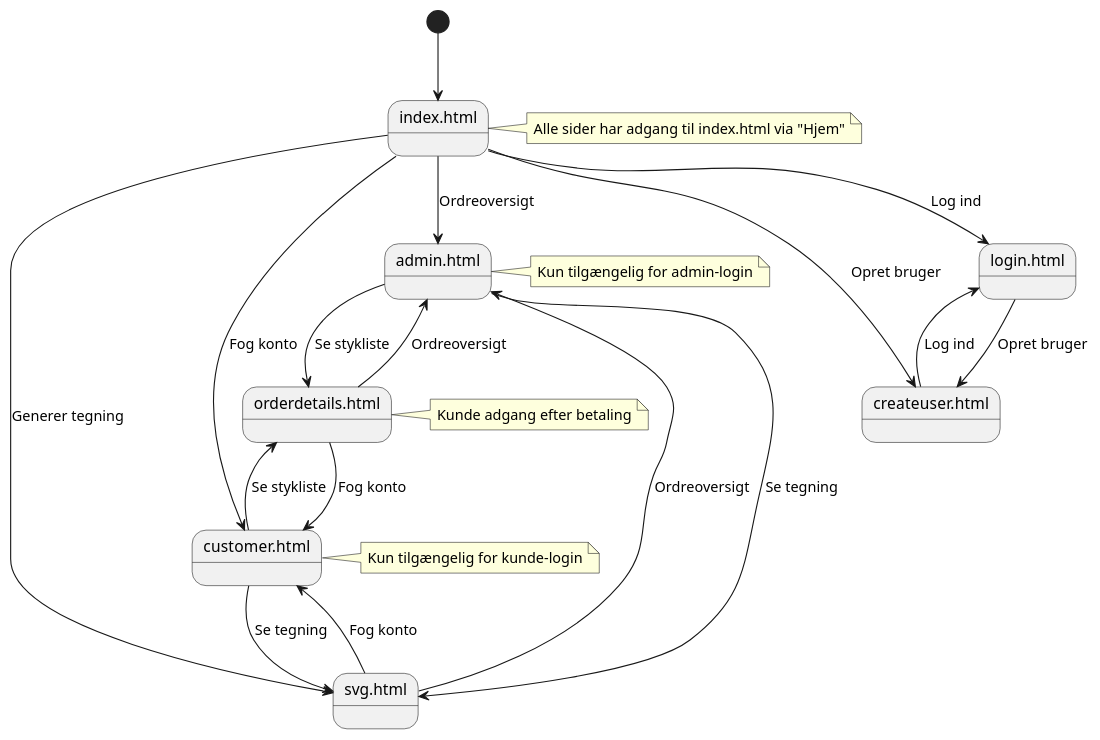
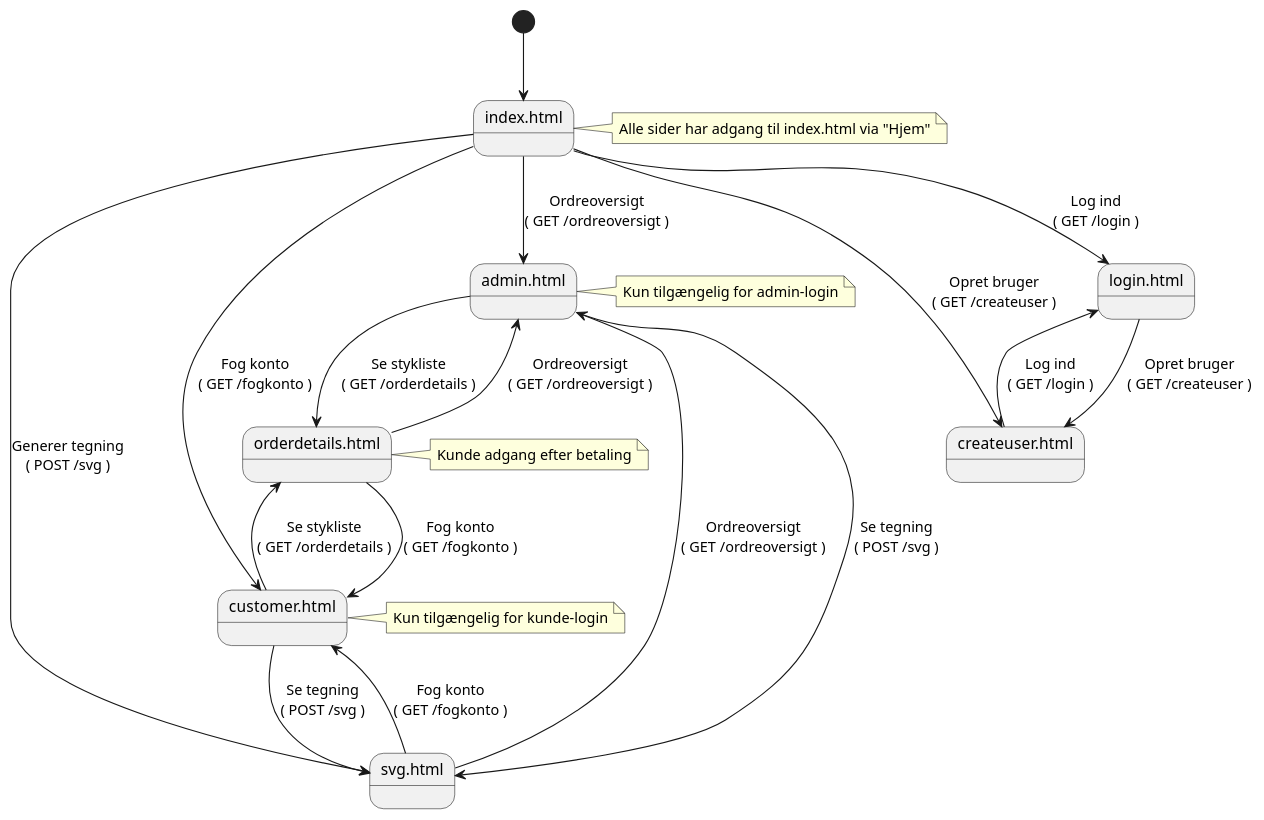
The diagram in docs/navigation_diagram2.puml (Mikkel-ao/Carport), drawn with PlantUML before and after one commit. The commit also changed 2 other files, not shown here.

Commit message:
Added routes to navigation diagrams. Fixed minor error in tests

```diff
--- a/docs/navigation_diagram2.puml
+++ b/docs/navigation_diagram2.puml
@@ -1,59 +1,50 @@
 @startuml
 
-' Initial state
 [*] --> Index
 
-' States
 state "index.html" as Index
 state "login.html" as Login
 state "createuser.html" as Opret
 state "admin.html" as Admin
 state "customer.html" as Customer
 state "svg.html" as SVG
 state "orderdetails.html" as OrderDetails
 
-' Navigation fra Index
-Index --> Login : Log ind
-Index --> Opret : Opret bruger
-Index --> Admin : Ordreoversigt
-Index --> Customer : Fog konto
-Index --> SVG : Generer tegning
+Index --> Login : Log ind\n( GET /login )
+Index --> Opret : Opret bruger\n( GET /createuser )
+Index --> Admin : Ordreoversigt\n( GET /ordreoversigt )
+Index --> Customer : Fog konto\n( GET /fogkonto )
+Index --> SVG : Generer tegning\n( POST /svg )
 
-' Login og opret bruger
-Login --> Opret : Opret bruger
-Opret --> Login : Log ind
+Login --> Opret : Opret bruger\n( GET /createuser )
+Opret --> Login : Log ind\n( GET /login )
 
-' Admin navigation
-Admin --> SVG : Se tegning
-Admin --> OrderDetails : Se stykliste
+Admin --> SVG : Se tegning\n( POST /svg )
+Admin --> OrderDetails : Se stykliste\n( GET /orderdetails )
 
-' Customer navigation
-Customer --> SVG : Se tegning
-Customer --> OrderDetails : Se stykliste
+Customer --> SVG : Se tegning\n( POST /svg )
+Customer --> OrderDetails : Se stykliste\n( GET /orderdetails )
 
-' SVG navigation
-SVG --> Customer : Fog konto
-SVG --> Admin : Ordreoversigt
+SVG --> Customer : Fog konto\n( GET /fogkonto )
+SVG --> Admin : Ordreoversigt\n( GET /ordreoversigt )
 
-' OrderDetails navigation
-OrderDetails --> Admin : Ordreoversigt
-OrderDetails --> Customer : Fog konto
+OrderDetails --> Admin : Ordreoversigt\n( GET /ordreoversigt )
+OrderDetails --> Customer : Fog konto\n( GET /fogkonto )
 
-' Noter
 note right of Index
   Alle sider har adgang til index.html via "Hjem"
 end note
 
 note right of Admin
   Kun tilgængelig for admin-login
 end note
 
 note right of Customer
   Kun tilgængelig for kunde-login
 end note
 
 note right of OrderDetails
   Kunde adgang efter betaling
 end note
 
 @enduml
```
